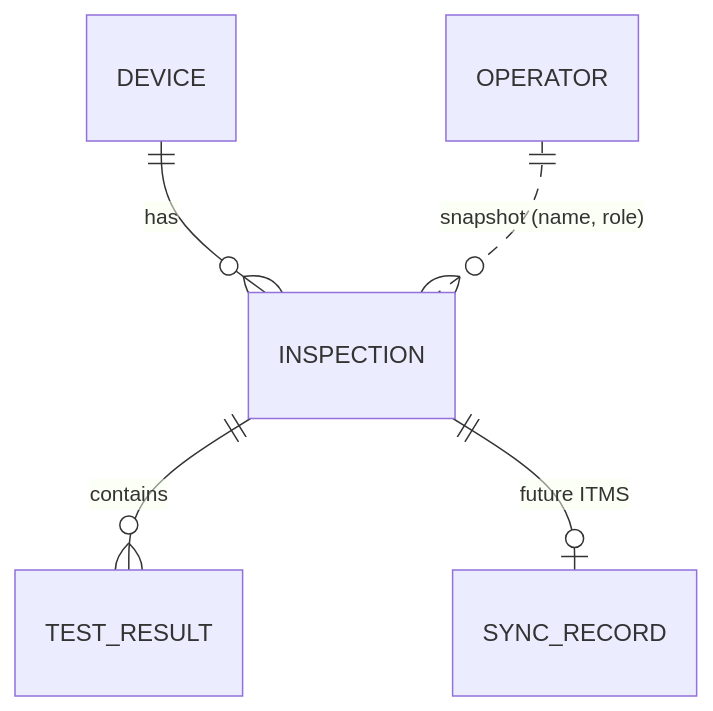
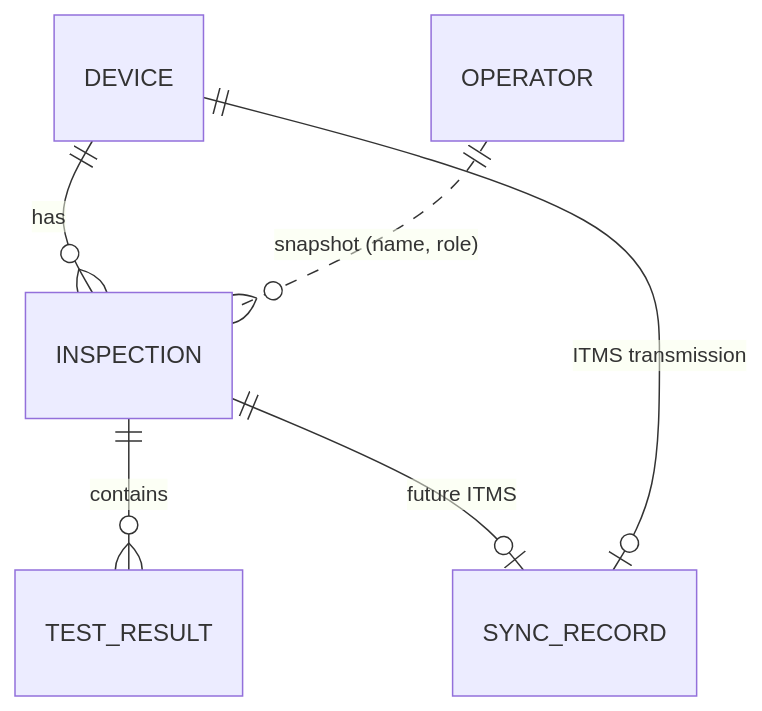
The diagram in docs/DATA-STORAGE.md (tirukon015/bbtech-laptop-tool), drawn with Mermaid before and after one commit. The commit also changed other lines of this file and 31 other files, not shown here.

````diff
--- a/docs/DATA-STORAGE.md
+++ b/docs/DATA-STORAGE.md
@@ -21,7 +22,8 @@
 ```mermaid
 erDiagram
     DEVICE ||--o{ INSPECTION : has
     INSPECTION ||--o{ TEST_RESULT : contains
     INSPECTION ||--o| SYNC_RECORD : "future ITMS"
+    DEVICE ||--o| SYNC_RECORD : "ITMS transmission"
     OPERATOR ||..o{ INSPECTION : "snapshot (name, role)"
 ```
````
